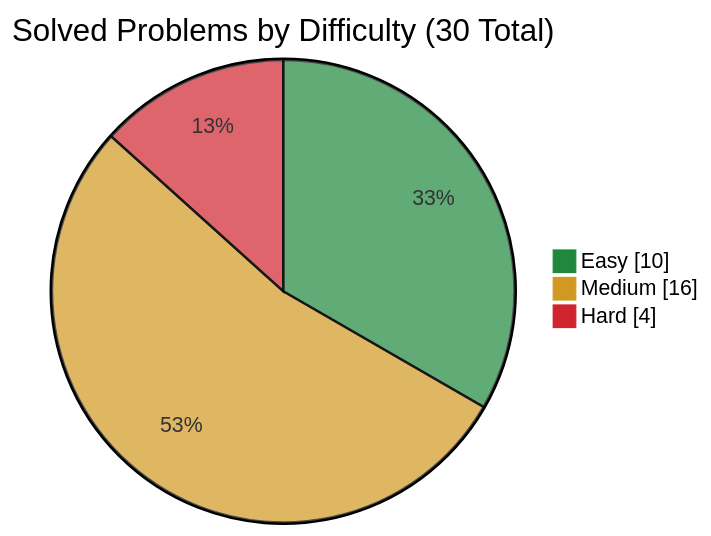
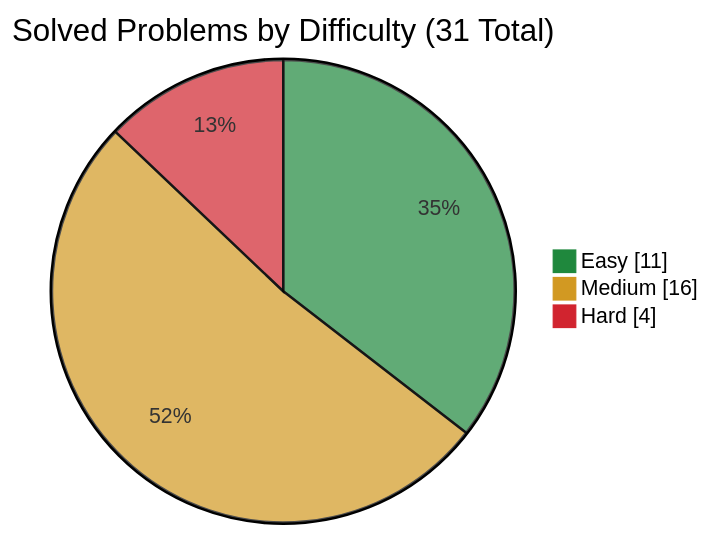
The first of 3 diagrams in README.md (simonesiega/leetcode-solutions), drawn with Mermaid before and after one commit. The commit also changed other lines of this file and 3 other files, not shown here.

````diff
--- a/README.md
+++ b/README.md
@@ -67,8 +67,8 @@
 ```mermaid
 %%{init: {"themeVariables": {"pie1": "#1f883d", "pie2": "#d29922", "pie3": "#d1242f"}}}%%
 pie showData
-    title Solved Problems by Difficulty (30 Total)
-    "Easy" : 10
+    title Solved Problems by Difficulty (31 Total)
+    "Easy" : 11
     "Medium" : 16
     "Hard" : 4
 ```
````
